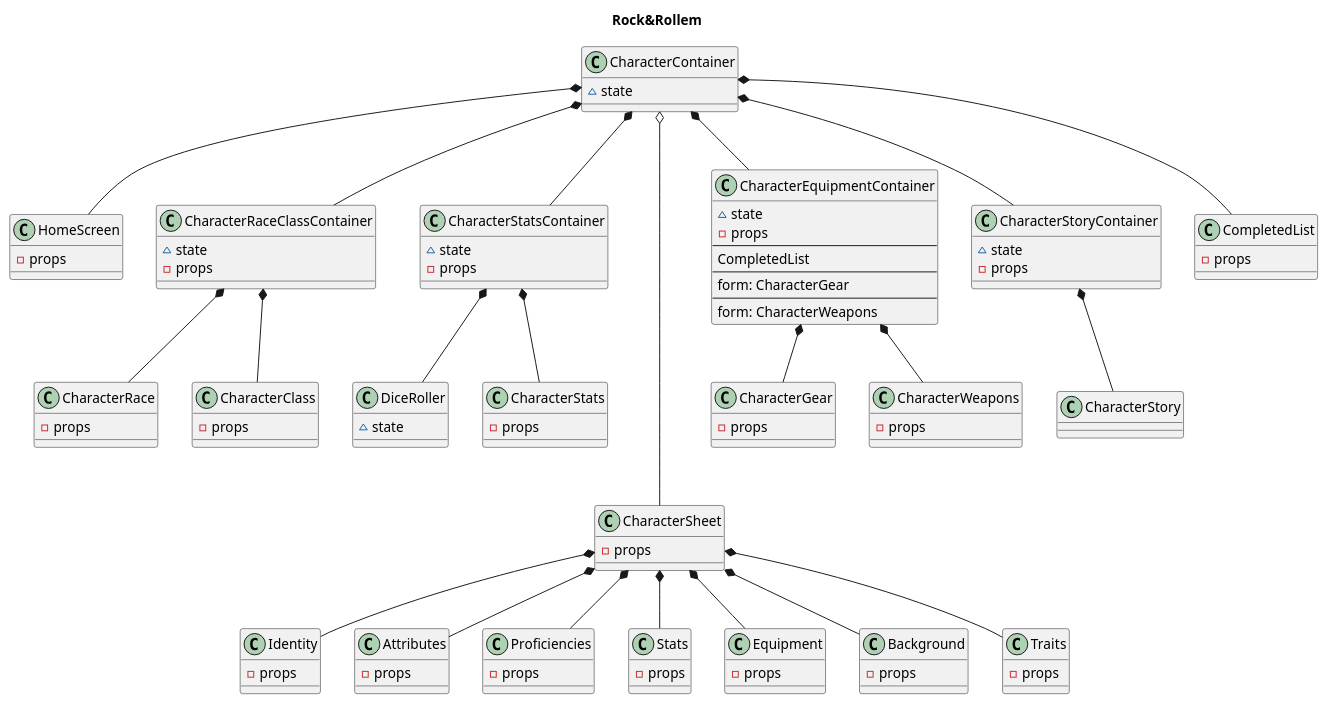
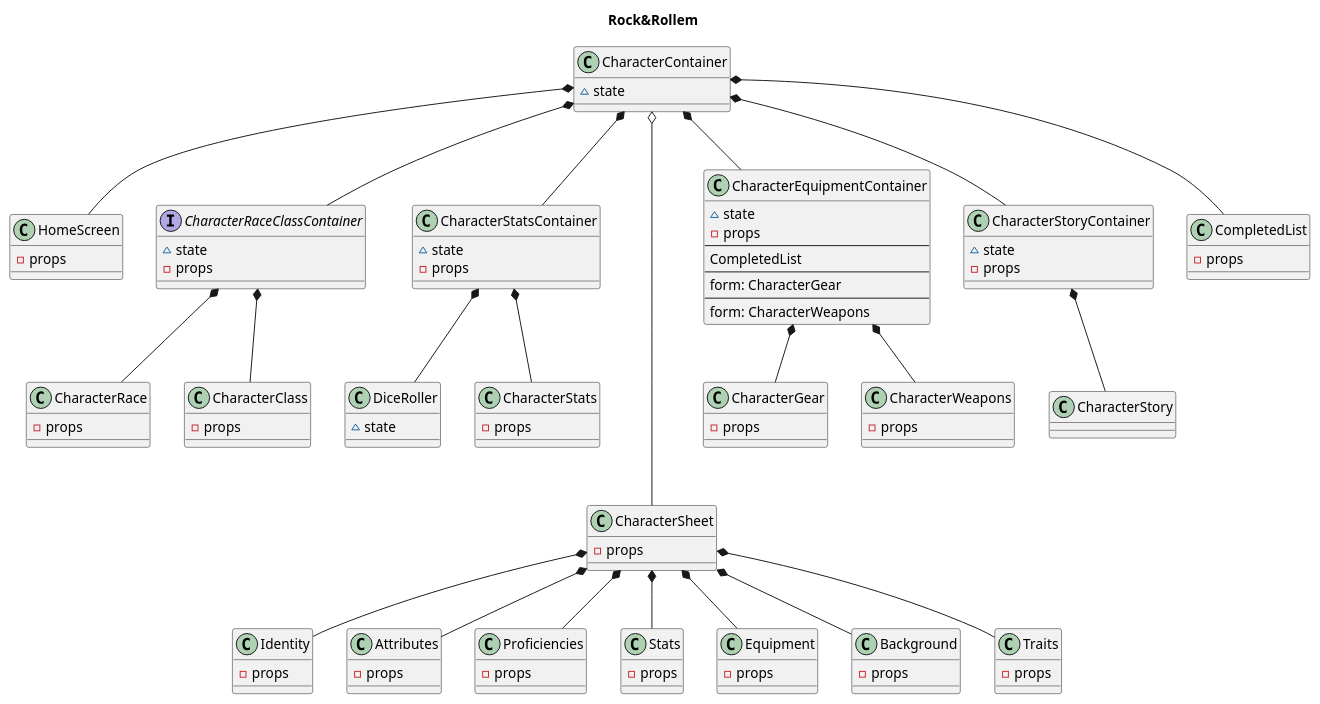
The diagram in docs/components.plantuml (uncageddesign/characterGenerator), drawn with PlantUML before and after one commit. The commit also changed 5 other files, not shown here.

```diff
--- a/docs/components.plantuml
+++ b/docs/components.plantuml
@@ -1,125 +1,125 @@
 @startuml
 title Rock&Rollem
 
 class HomeScreen {
   - props
 }
 
 class CharacterContainer {
     ~ state
 }
 
-class CharacterRaceClassContainer {
+interface CharacterRaceClassContainer {
   ~state
   - props
 }
 
 
 
 class CharacterStatsContainer {
   ~state
   - props
 }
 
 class DiceRoller {
   ~ state
 }
 
 class CharacterSheet {
   -props
 }
 
 class CharacterEquipmentContainer {
   ~state
   - props
   --
   CompletedList
   --
   form: CharacterGear
   --
   form: CharacterWeapons
 }
 
 class CharacterStoryContainer {
   ~state
   - props
 }
 
 class CharacterRace {
   - props
 }
 
 class CharacterClass {
   - props
 }
 
 class CharacterStats {
   - props
 }
 
 class CharacterGear {
   - props
 }
 
 class CharacterWeapons {
   - props
 }
 
 class Identity {
   - props
 }
 
 class Attributes {
   - props
 }
 
 class Proficiencies {
   - props
 }
 
 class Stats {
   - props
 }
 
 class Equipment {
   - props
 }
 
 class Background {
   - props
 }
 
 class Traits {
   - props
 }
 
 class CompletedList {
   - props
 }
 
 
 CharacterContainer *-- HomeScreen
 
 CharacterContainer *-- CharacterRaceClassContainer
 CharacterContainer *-- CharacterStatsContainer
 CharacterContainer o---- CharacterSheet
 CharacterSheet *-- Identity
 CharacterSheet *-- Attributes
 CharacterSheet *-- Proficiencies
 CharacterSheet *-- Stats
 CharacterSheet *-- Equipment
 CharacterSheet *-- Background
 CharacterSheet *-- Traits
 
 CharacterContainer *-- CharacterEquipmentContainer
 CharacterContainer *-- CharacterStoryContainer
 CharacterRaceClassContainer *-- CharacterRace
 CharacterRaceClassContainer *-- CharacterClass
 CharacterStatsContainer *-- CharacterStats
 CharacterStatsContainer *-- DiceRoller
 CharacterEquipmentContainer *-- CharacterGear
 CharacterEquipmentContainer *-- CharacterWeapons
 CharacterStoryContainer *-- CharacterStory
 CharacterContainer *-- CompletedList
 
 @enduml
```
